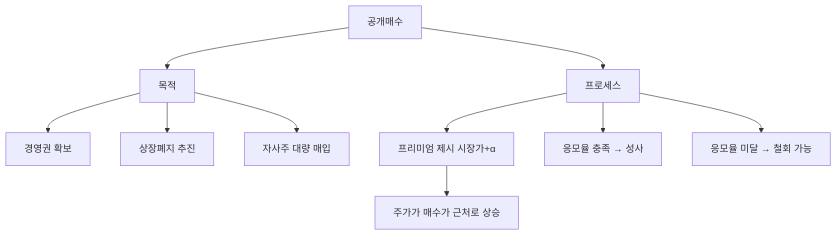
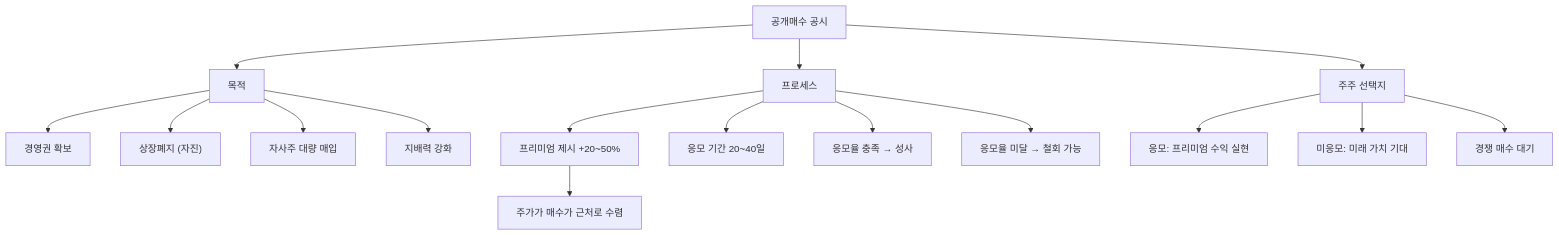
Before and after one commit to yeongseon/stock-visual-note: the diagram in content/stock-terms/ko/level-07-earnings/tender-offer.md, drawn with Mermaid. The commit also changed other lines of this file and 9 other files, not shown here.

Commit message:
content: rewrite level-07 (10 articles) — richer diagrams, realistic scenarios, blog tone

````diff
--- a/content/stock-terms/ko/level-07-earnings/tender-offer.md
+++ b/content/stock-terms/ko/level-07-earnings/tender-offer.md
@@ -42,13 +41,19 @@
 ```mermaid
 graph TD
-    A["공개매수"]
+    A["공개매수 공시"]
     A --> B["목적"]
     A --> C["프로세스"]
+    A --> D["주주 선택지"]
     B --> B1["경영권 확보"]
-    B --> B2["상장폐지 추진"]
+    B --> B2["상장폐지 (자진)"]
     B --> B3["자사주 대량 매입"]
-    C --> C1["프리미엄 제시 시장가+α"]
-    C --> C2["응모율 충족 → 성사"]
-    C --> C3["응모율 미달 → 철회 가능"]
-    C1 --> D["주가가 매수가 근처로 상승"]
+    B --> B4["지배력 강화"]
+    C --> C1["프리미엄 제시 +20~50%"]
+    C --> C2["응모 기간 20~40일"]
+    C --> C3["응모율 충족 → 성사"]
+    C --> C4["응모율 미달 → 철회 가능"]
+    D --> D1["응모: 프리미엄 수익 실현"]
+    D --> D2["미응모: 미래 가치 기대"]
+    D --> D3["경쟁 매수 대기"]
+    C1 --> E["주가가 매수가 근처로 수렴"]
 ```
````
